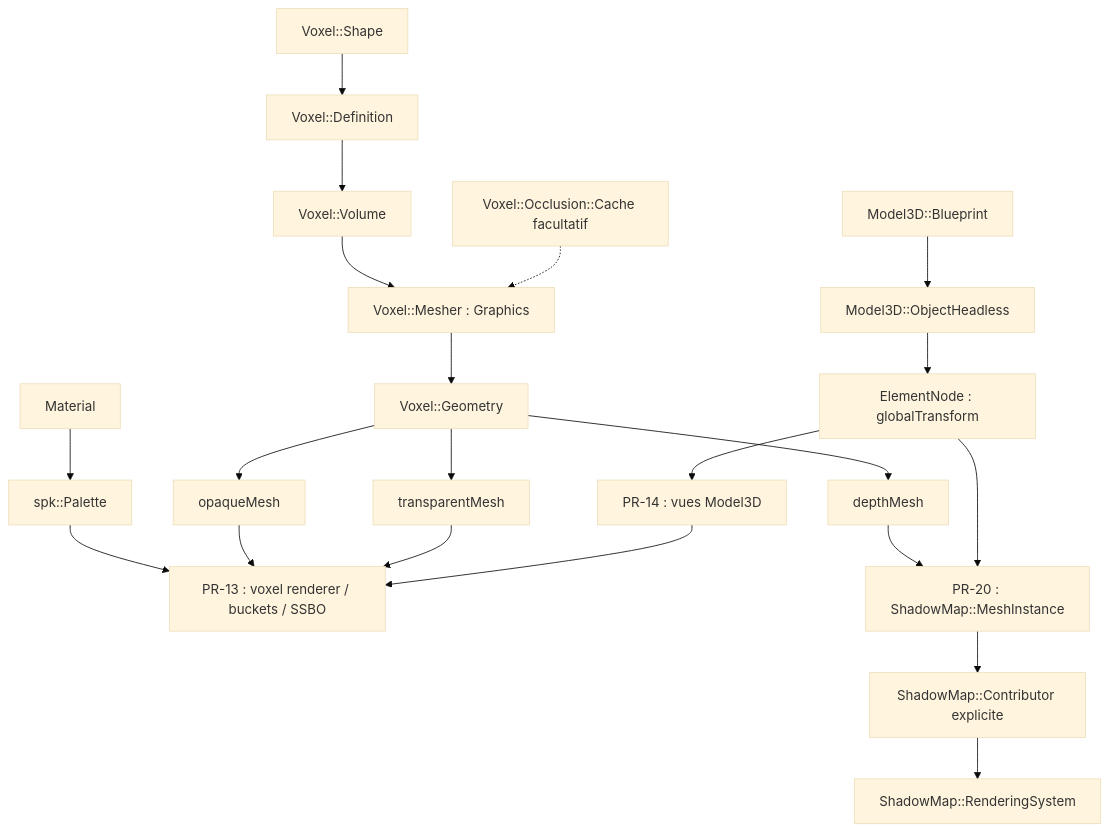
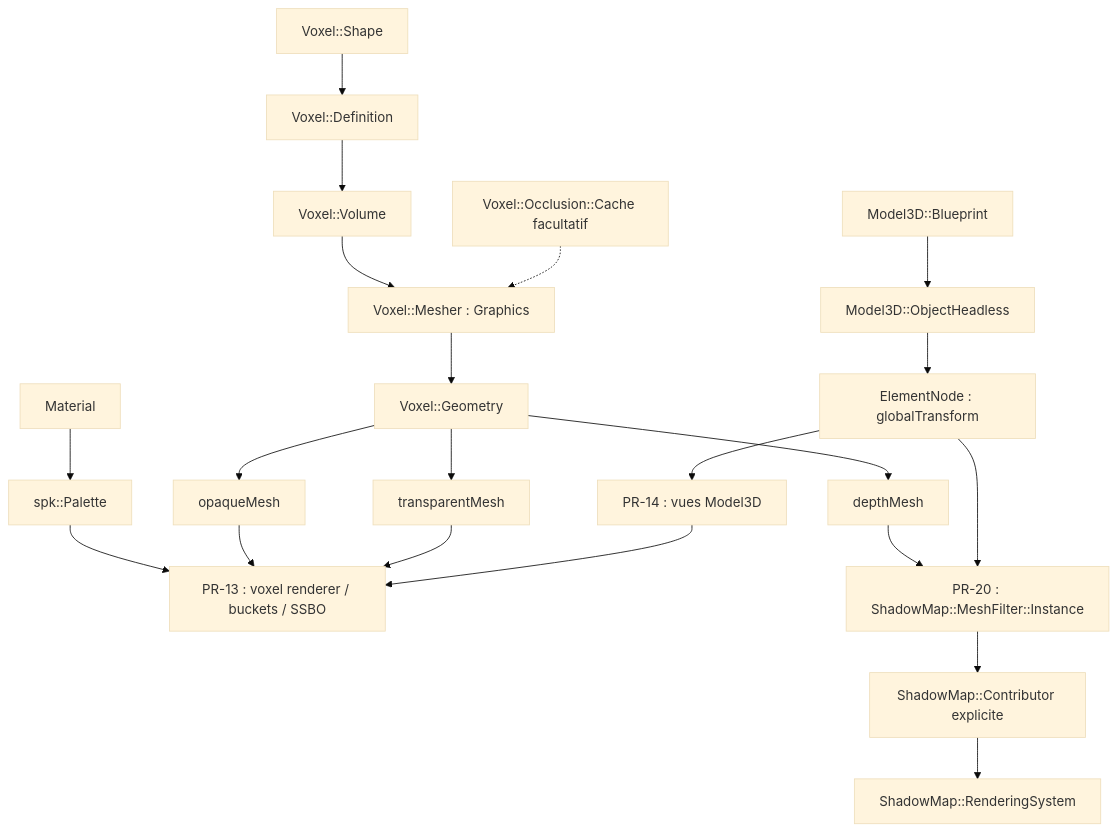
Before and after one commit to EreliaStudio/Sparkle: diagram 20 of 20 in docs/voxel-engine-v0.1.4/08-lumieres-et-ombres.md, drawn with Mermaid (base theme). The commit also changed other lines of this file and 5 other files, not shown here.

Commit message:
refactor(PR20): make MeshFilter generic with nested Instance

````diff
--- a/docs/voxel-engine-v0.1.4/08-lumieres-et-ombres.md
+++ b/docs/voxel-engine-v0.1.4/08-lumieres-et-ombres.md
@@ -779,21 +779,21 @@
 ```mermaid
 flowchart TD
   Shape["Voxel::Shape"] --> Def["Voxel::Definition"] --> Vol["Voxel::Volume"]
   Vol --> Mesher["Voxel::Mesher : Graphics"] --> Geo["Voxel::Geometry"]
   Cache["Voxel::Occlusion::Cache facultatif"] -.-> Mesher
   Geo --> Opaque["opaqueMesh"]
   Geo --> Transparent["transparentMesh"]
   Geo --> Depth["depthMesh"]
   Mat["Material"] --> Palette["spk::Palette"]
   Palette --> Render["PR-13 : voxel renderer / buckets / SSBO"]
   Opaque --> Render
   Transparent --> Render
   Blueprint["Model3D::Blueprint"] --> Object["Model3D::ObjectHeadless"]
   Object --> Pose["ElementNode : globalTransform"]
   Pose --> Articulated["PR-14 : vues Model3D"]
   Articulated --> Render
-  Depth --> Source["PR-20 : ShadowMap::MeshInstance"]
+  Depth --> Source["PR-20 : ShadowMap::MeshFilter::Instance"]
   Pose --> Source
   Source --> Shadow["ShadowMap::Contributor explicite"]
   Shadow --> ShadowSystem["ShadowMap::RenderingSystem"]
 ```
````
